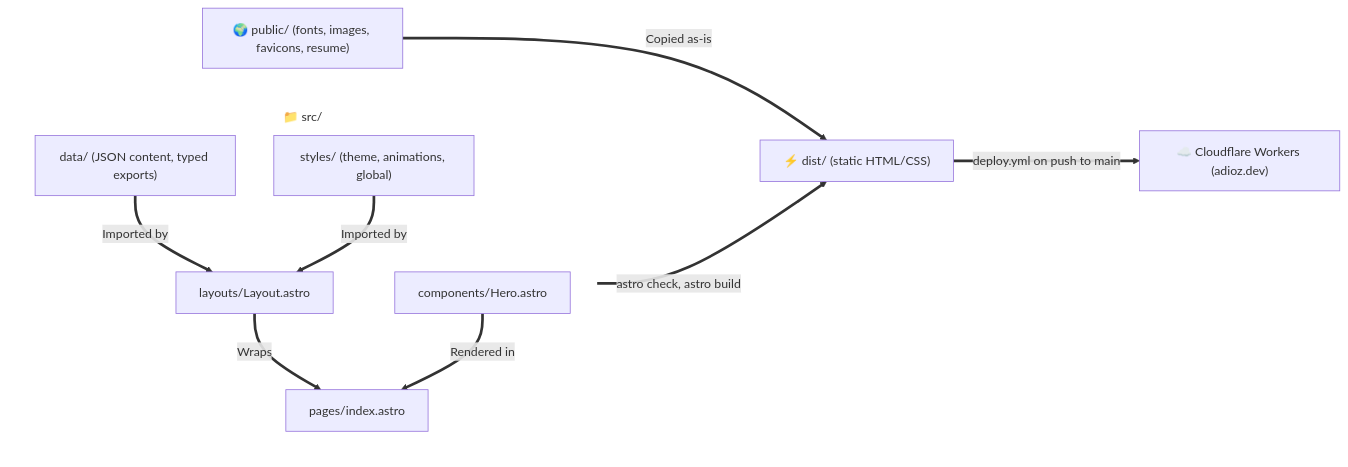
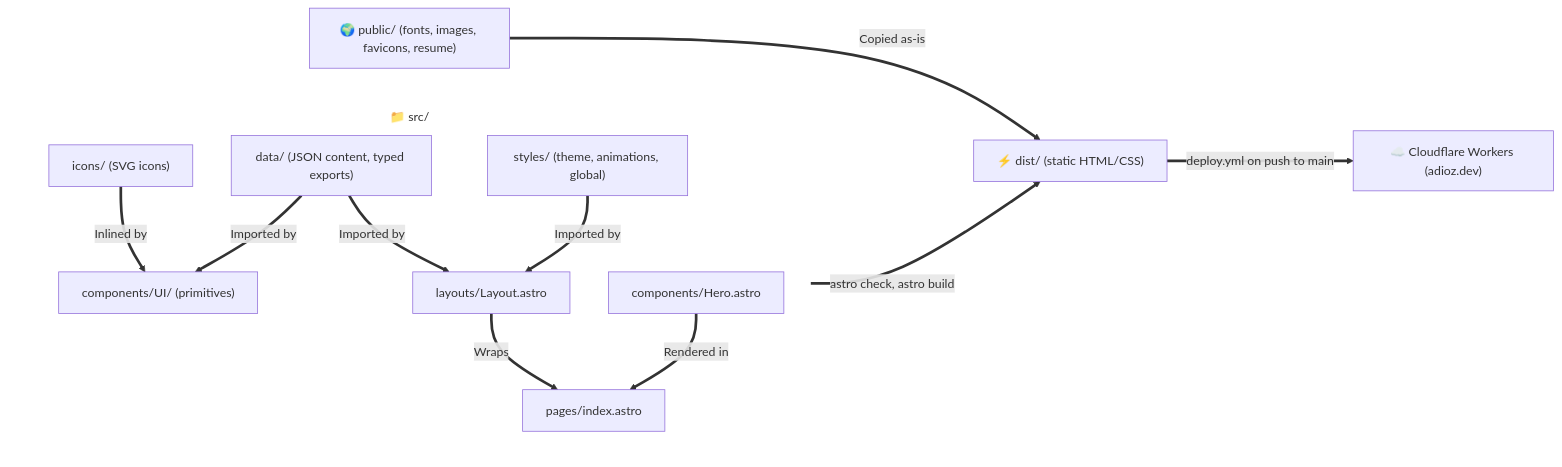
Before and after one commit to adiozeshitemi/adioz-profile: the diagram in docs/architecture.md, drawn with Mermaid. The commit also changed other lines of this file and 1 other file, not shown here.

First line of the commit message:
docs: document the UI primitives and icons

````diff
--- a/docs/architecture.md
+++ b/docs/architecture.md
@@ -9,25 +9,29 @@
 ```mermaid
 flowchart LR
     %% Define invisible styling for subgraphs to remove backgrounds and borders
     classDef transparent fill:none,stroke:none;
 
     subgraph Src ["📁 src/"]
         direction TB
+        Icons["icons/ (SVG icons)"]
         Data["data/ (JSON content, typed exports)"]
         Styles["styles/ (theme, animations, global)"]
+        UI["components/UI/ (primitives)"]
         Layout["layouts/Layout.astro"]
         Hero["components/Hero.astro"]
         Page["pages/index.astro"]
     end
 
+    Icons ==>|Inlined by| UI
+    Data ==>|Imported by| UI
     Data ==>|Imported by| Layout
     Styles ==>|Imported by| Layout
     Layout ==>|Wraps| Page
     Hero ==>|Rendered in| Page
     Page ==>|astro check, astro build| Dist["⚡ dist/ (static HTML/CSS)"]
     Public["🌍 public/ (fonts, images, favicons, resume)"] ==>|Copied as-is| Dist
     Dist ==>|deploy.yml on push to main| Workers["☁️ Cloudflare Workers (adioz.dev)"]
 
     %% Apply transparent class to subgraphs
     class Src transparent;
 ```
````
